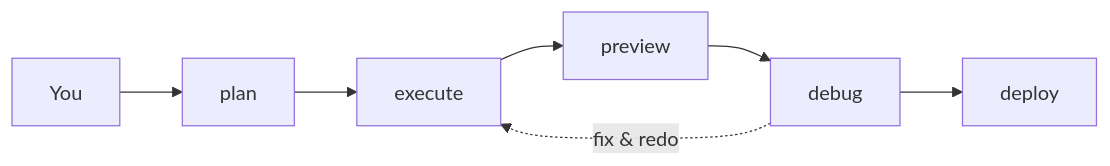
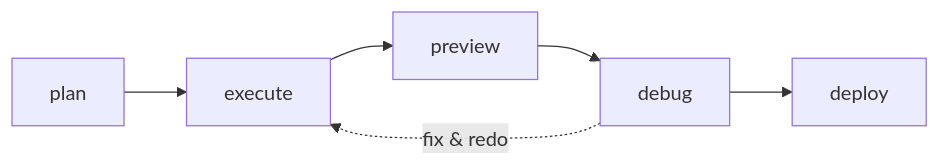
One commit to velo4705/cubicore changed the diagram in README.md. Above: the diagram before and after it, drawn with Mermaid. The commit also changed other lines of this file, not shown here.

````diff
--- a/README.md
+++ b/README.md
@@ -65,9 +67,8 @@
 ```mermaid
 flowchart LR
-    Y[You] --> P[plan]
-    P --> X[execute]
+    P[plan] --> X[execute]
     X --> PV[preview]
     PV --> DB[debug]
     DB -.->|fix & redo| X
     DB --> D[deploy]
 ```
````
